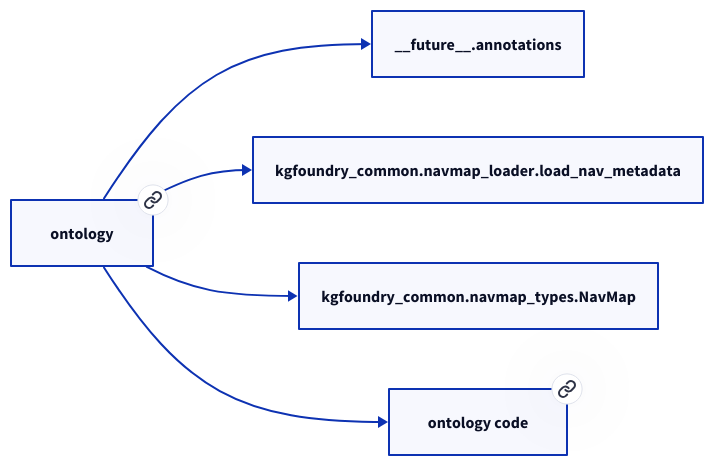
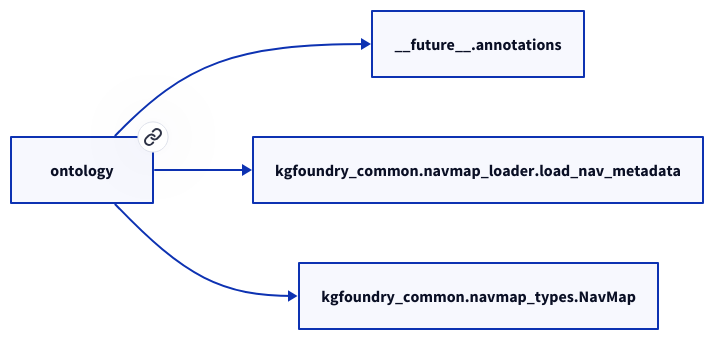
The diagram in docs/modules/ontology.md (paul-heyse/kgforge), drawn with D2 before and after one commit. The commit also changed other lines of this file and 118 other files, not shown here.

````diff
--- a/docs/modules/ontology.md
+++ b/docs/modules/ontology.md
@@ -17,12 +15,10 @@
 ```d2
 direction: right
-"ontology": "ontology" { link: "./ontology.md" }
+"ontology": "ontology" { link: "ontology.md" }
 "__future__.annotations": "__future__.annotations"
 "ontology" -> "__future__.annotations"
 "kgfoundry_common.navmap_loader.load_nav_metadata": "kgfoundry_common.navmap_loader.load_nav_metadata"
 "ontology" -> "kgfoundry_common.navmap_loader.load_nav_metadata"
 "kgfoundry_common.navmap_types.NavMap": "kgfoundry_common.navmap_types.NavMap"
 "ontology" -> "kgfoundry_common.navmap_types.NavMap"
-"ontology_code": "ontology code" { link: "https://github.com/kgfoundry/kgfoundry/blob/main/src/ontology/__init__.py" }
-"ontology" -> "ontology_code" { style: dashed }
 ```
````
